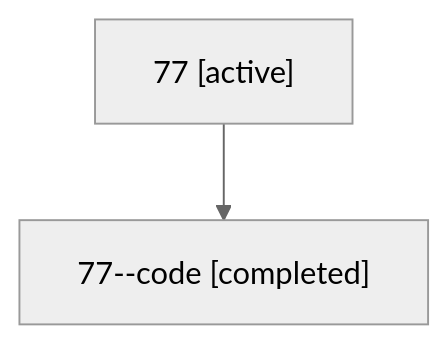
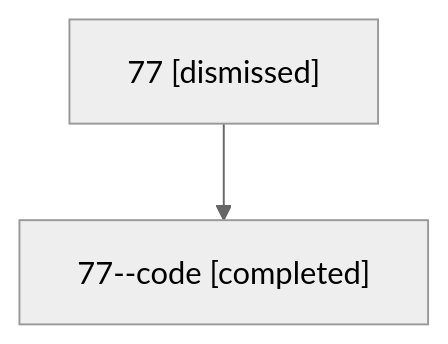
One commit to sase-org/sase--agents changed the diagram in sessions/bbugyi200.athena.77.md. Above: the diagram before and after it, drawn with Mermaid (neutral theme). The commit also changed other lines of this file and 34 other files, not shown here.

````diff
--- a/sessions/bbugyi200.athena.77.md
+++ b/sessions/bbugyi200.athena.77.md
@@ -9,6 +9,6 @@
 ```mermaid
 flowchart TD
-  n0["77 [active]"]
+  n0["77 [dismissed]"]
   n1["77--code [completed]"]
   n0 --> n1
 ```
````
